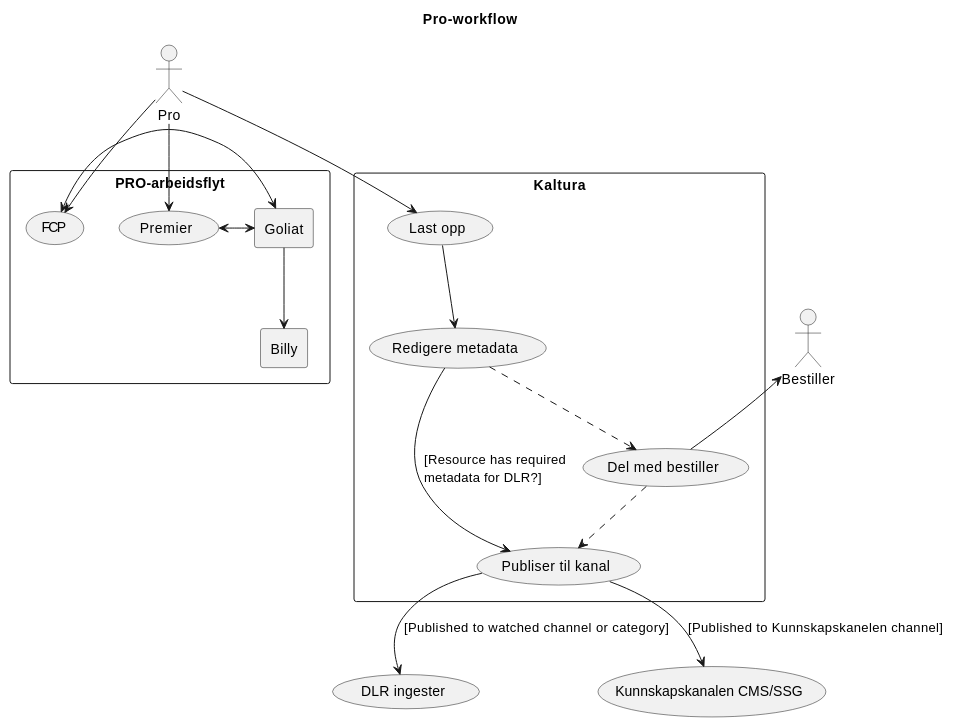
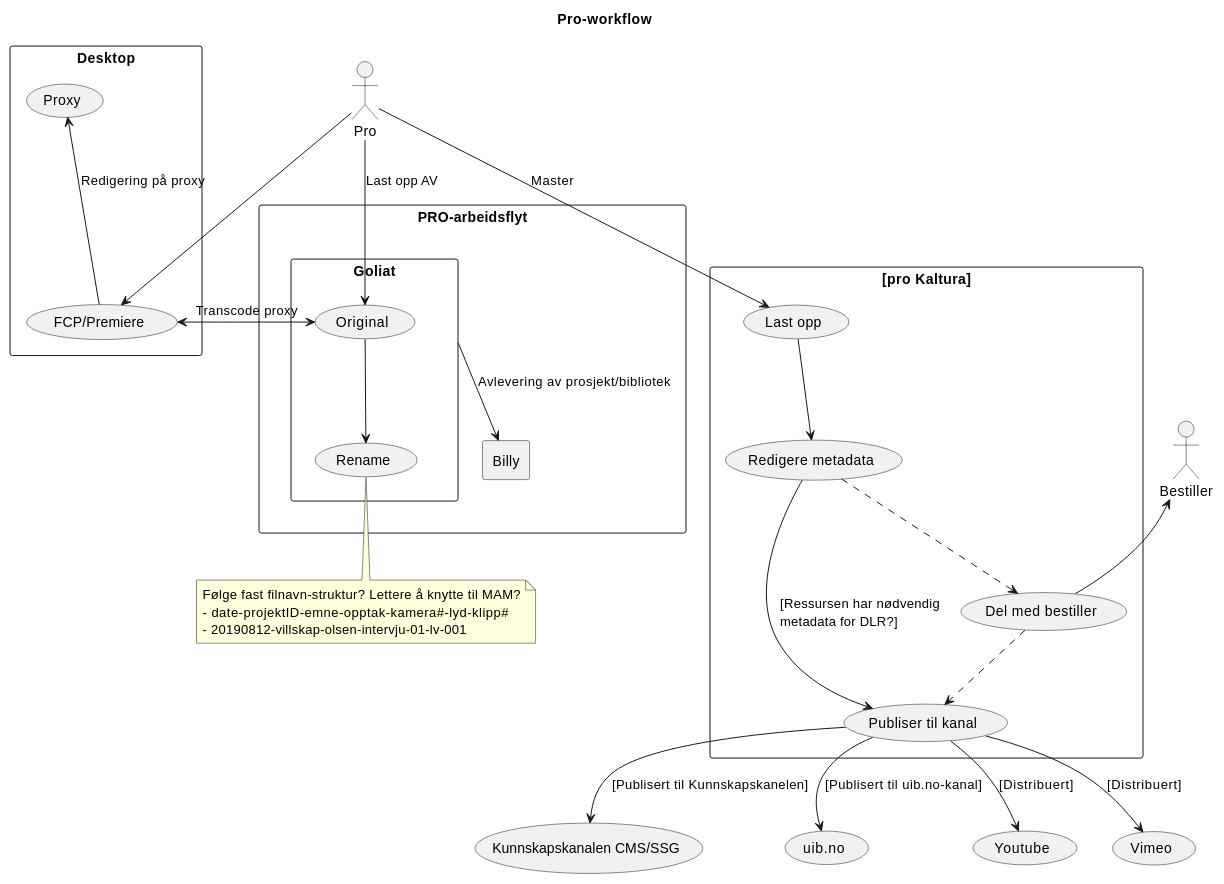
Before and after one commit to tarjelavik/mam-dlr-architecture: the diagram in src/docs/pro-workflow.md, drawn with PlantUML. The commit also changed 2 other files, not shown here.

Commit message:
Improving pro-wf

````diff
--- a/src/docs/pro-workflow.md
+++ b/src/docs/pro-workflow.md
@@ -6,48 +6,61 @@
 ```plantuml 
 @startuml
 
 title Pro-workflow
 
+rectangle Desktop {
+    (FCP/Premiere)
+    (Proxy)
+}
+
 rectangle "PRO-arbeidsflyt" as pro-wf {
-    (FCP)
-    (Premier)
-
     rectangle Goliat {
-
+        (Original)
+        (Rename)
     }
 
     rectangle Billy {
 
     }
 }
 
-rectangle Kaltura {
+rectangle "[[pro Kaltura]]" {
     (Last opp)
     (Redigere metadata) as metadata
     (Del med bestiller)
     (Publiser til kanal) as channel
 }
 
 :Pro:
 :Bestiller:
 
 Bestiller <-- (Del med bestiller)
 
-Pro --> (FCP)
-(FCP) <-> Goliat
-Pro --> (Premier)
-(Premier) <-> Goliat
+Pro --> Original : "Last opp AV"
+Original --> Rename
 
-Goliat --> Billy
+Pro --> (FCP/Premiere)
+Proxy <-- (FCP/Premiere) : "Redigering på proxy"
+(FCP/Premiere) <-> Original : "Transcode proxy"
 
-Pro --> (Last opp)
+Goliat --> Billy : Avlevering av prosjekt/bibliotek
+
+Pro --> (Last opp) : Master
 (Last opp) --> metadata
 metadata ..> (Del med bestiller)
 (Del med bestiller) ..> channel
-metadata --> channel : "[Resource has required\lmetadata for DLR?]"
+metadata --> channel : "[Ressursen har nødvendig \lmetadata for DLR?]"
 
-channel --> (DLR ingester) : "[Published to watched channel or category]"
-channel --> (Kunnskapskanalen CMS/SSG) : "[Published to Kunnskapskanelen channel]"
+channel --> (Kunnskapskanalen CMS/SSG) : "[Publisert til Kunnskapskanelen]"
+channel --> (uib.no) : "[Publisert til uib.no-kanal]"
+channel --> (Youtube) : "[Distribuert]"
+channel --> (Vimeo) : "[Distribuert]"
+
+note bottom of Rename
+    Følge fast filnavn-struktur? Lettere å knytte til MAM?
+    - date-projektID-emne-opptak-kamera#-lyd-klipp#
+    - 20190812-villskap-olsen-intervju-01-lv-001
+end note
 
 @enduml
 ```
````
